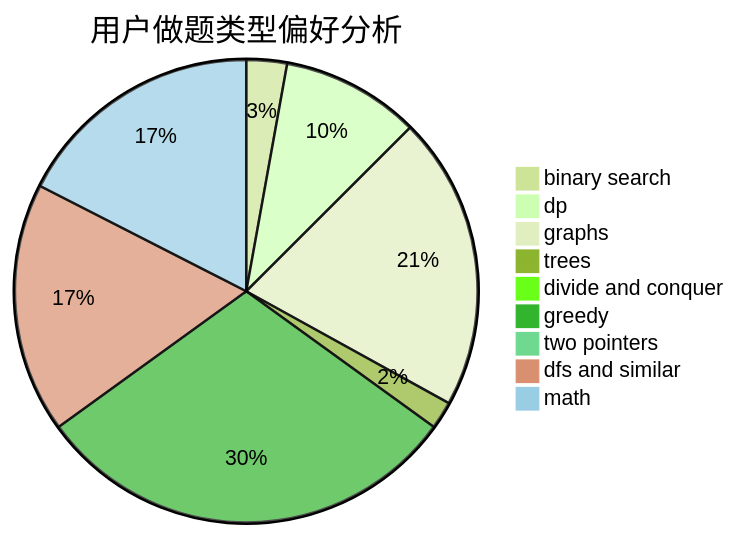
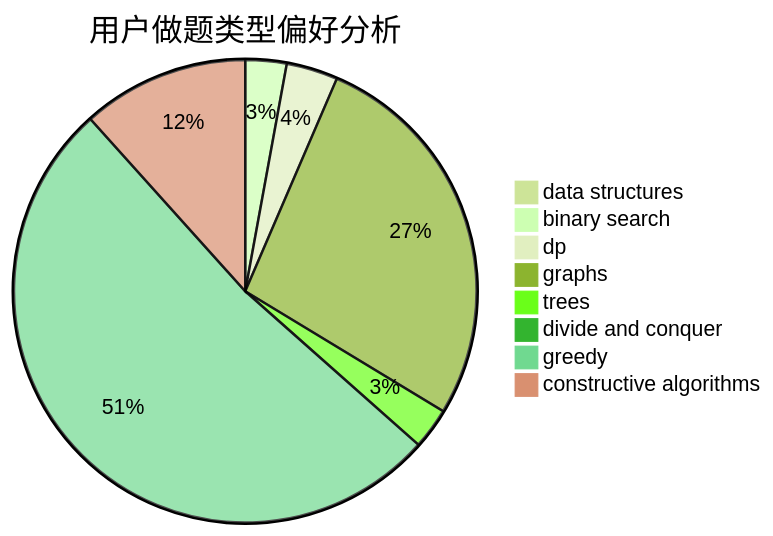
One commit to sherpahu/cfrs.github.io changed the second of 3 diagrams in docs/user/u400.md. Above: the diagram before and after it, drawn with Mermaid (forest theme). The commit also changed other lines of this file and 2775 other files, not shown here.

````diff
--- a/docs/user/u400.md
+++ b/docs/user/u400.md
@@ -23,12 +23,11 @@
 ```mermaid
 pie title 用户做题类型偏好分析
-    "binary search" :  41
-    "dp" :  140
-    "graphs" :  297
-    "trees" :  28
+    "data structures" :  6
+    "binary search" :  20
+    "dp" :  25
+    "graphs" :  189
+    "trees" :  20
     "divide and conquer" :  0
-    "greedy" :  435
-    "two pointers" :  0
-    "dfs and similar" :  253
-    "math" :  253
+    "greedy" :  360
+    "constructive algorithms" :  81
 ```
````
